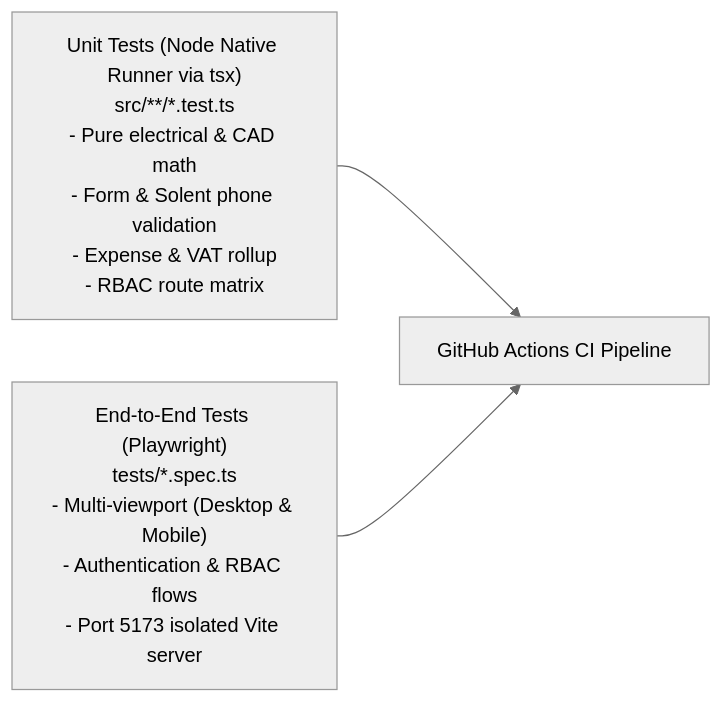
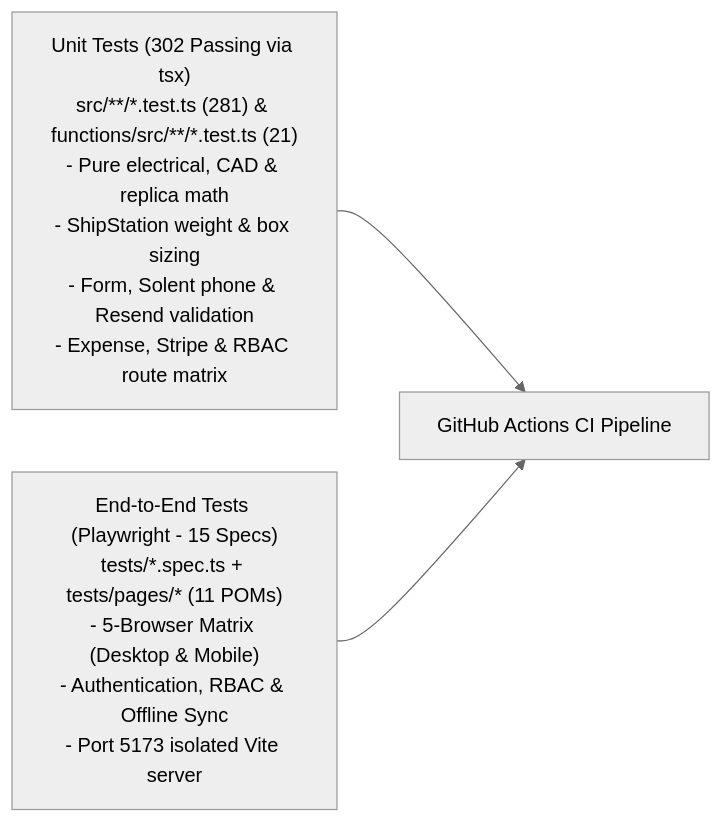
One commit to AnthonyWrather/ajwmes changed the second of 2 diagrams in README.md. Above: the diagram before and after it, drawn with Mermaid (neutral theme). The commit also changed other lines of this file and 11 other files, not shown here.

Commit message:
docs: sync documentation, AI control files, and E2E user journey roadmap

````diff
--- a/README.md
+++ b/README.md
@@ -108,8 +109,8 @@
 ```mermaid
 flowchart LR
-    Unit["Unit Tests (Node Native Runner via tsx)\nsrc/**/*.test.ts\n- Pure electrical & CAD math\n- Form & Solent phone validation\n- Expense & VAT rollup\n- RBAC route matrix"]
-    E2E["End-to-End Tests (Playwright)\ntests/*.spec.ts\n- Multi-viewport (Desktop & Mobile)\n- Authentication & RBAC flows\n- Port 5173 isolated Vite server"]
+    Unit["Unit Tests (302 Passing via tsx)\nsrc/**/*.test.ts (281) & functions/src/**/*.test.ts (21)\n- Pure electrical, CAD & replica math\n- ShipStation weight & box sizing\n- Form, Solent phone & Resend validation\n- Expense, Stripe & RBAC route matrix"]
+    E2E["End-to-End Tests (Playwright - 15 Specs)\ntests/*.spec.ts + tests/pages/* (11 POMs)\n- 5-Browser Matrix (Desktop & Mobile)\n- Authentication, RBAC & Offline Sync\n- Port 5173 isolated Vite server"]
     
     Unit --> CI["GitHub Actions CI Pipeline"]
     E2E --> CI
 ```
````
